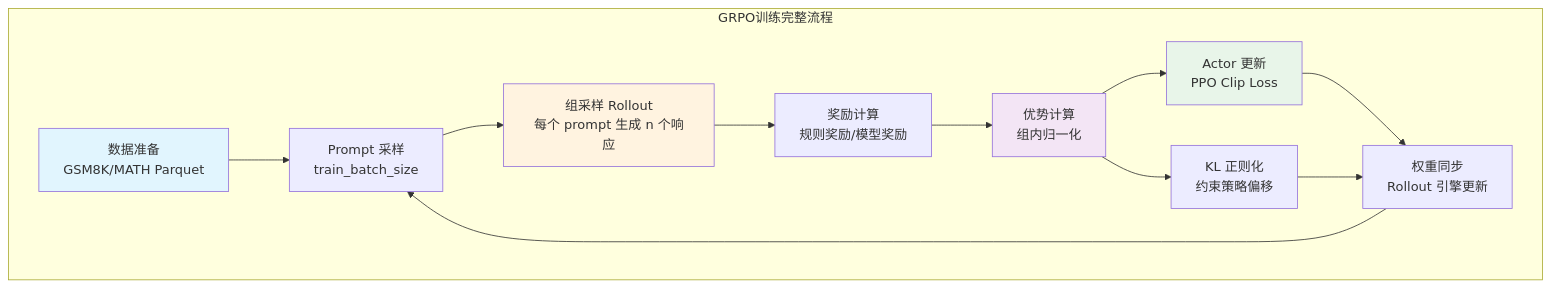
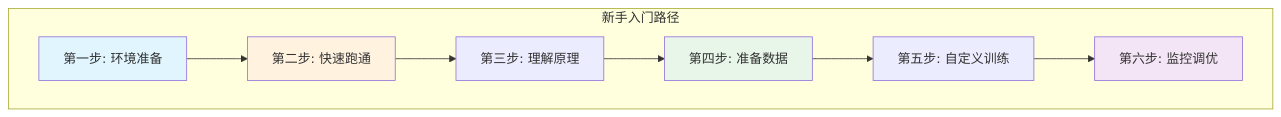
One commit to liangrui/verl changed the first of 4 diagrams in ReadCode/17_GRPO训练例子详解.md. Above: the diagram before and after it, drawn with Mermaid. The commit also changed other lines of this file, not shown here.

````diff
--- a/ReadCode/17_GRPO训练例子详解.md
+++ b/ReadCode/17_GRPO训练例子详解.md
@@ -14,19 +17,15 @@
 ```mermaid
 graph TB
-    subgraph GRPO训练完整流程
-        A[数据准备<br/>GSM8K/MATH Parquet] --> B[Prompt 采样<br/>train_batch_size]
-        B --> C[组采样 Rollout<br/>每个 prompt 生成 n 个响应]
-        C --> D[奖励计算<br/>规则奖励/模型奖励]
-        D --> E[优势计算<br/>组内归一化]
-        E --> F[Actor 更新<br/>PPO Clip Loss]
-        E --> G[KL 正则化<br/>约束策略偏移]
-        F --> H[权重同步<br/>Rollout 引擎更新]
-        G --> H
-        H --> B
+    subgraph 新手入门路径
+        A[第一步: 环境准备] --> B[第二步: 快速跑通]
+        B --> C[第三步: 理解原理]
+        C --> D[第四步: 准备数据]
+        D --> E[第五步: 自定义训练]
+        E --> F[第六步: 监控调优]
     end
 
     style A fill:#e1f5fe
-    style C fill:#fff3e0
-    style E fill:#f3e5f5
-    style F fill:#e8f5e9
+    style B fill:#fff3e0
+    style D fill:#e8f5e9
+    style F fill:#f3e5f5
 ```
````
